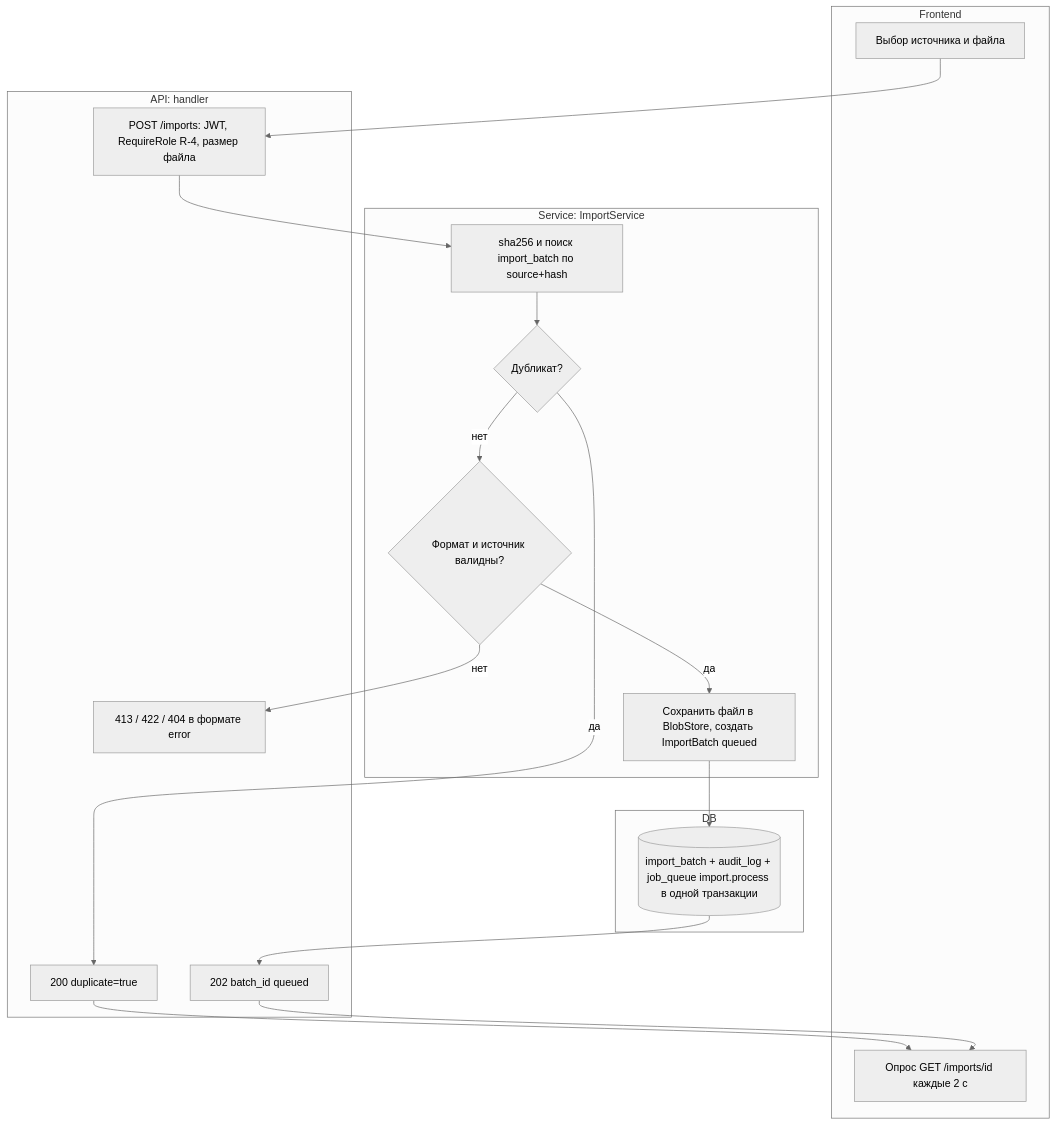
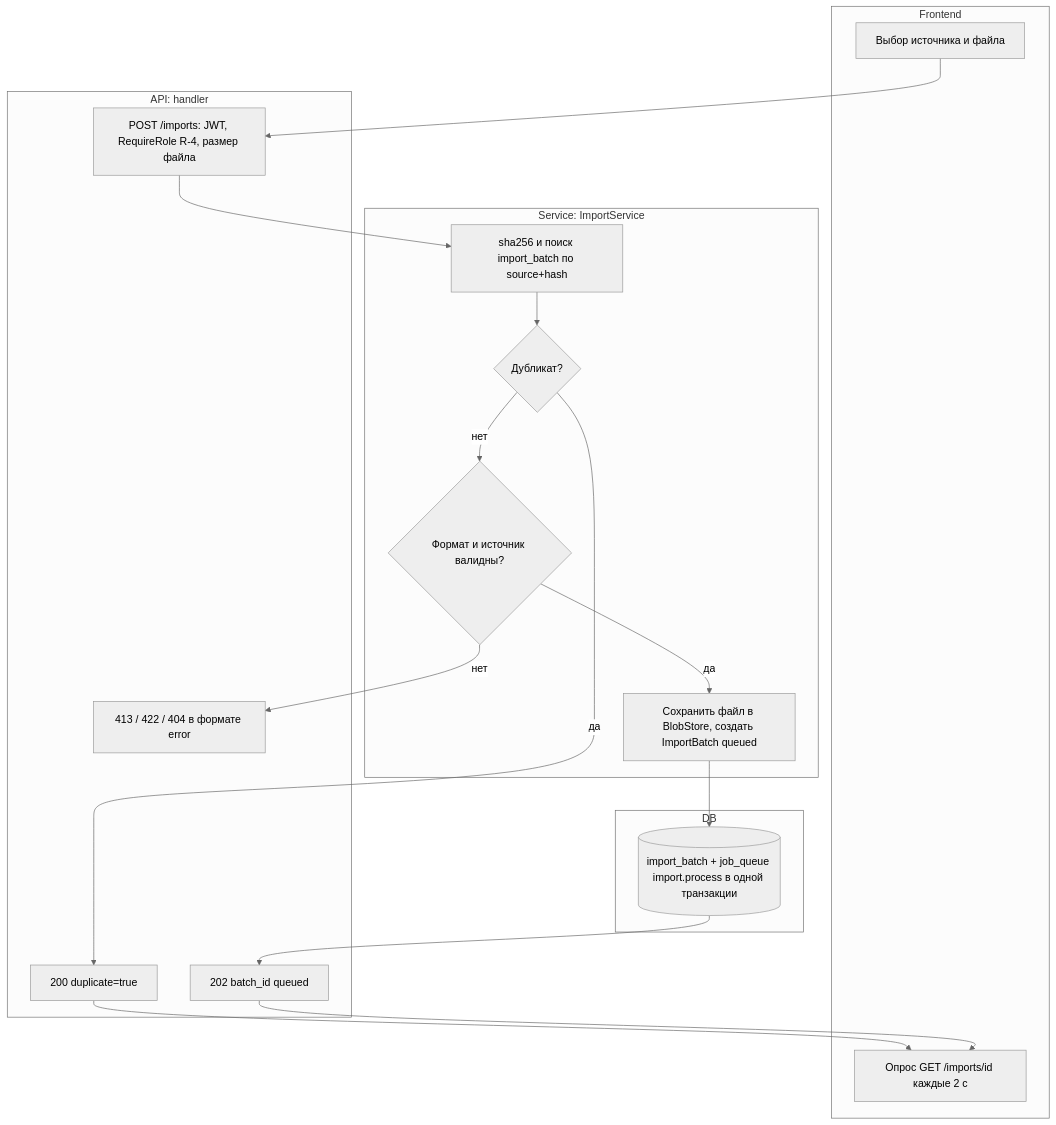
Before and after one commit to MangriMen/UCRP: the first of 6 diagrams in docs/design/08-activity-diagrams.md, drawn with Mermaid (neutral theme). The commit also changed other lines of this file and 195 other files, not shown here.

````diff
--- a/docs/design/08-activity-diagrams.md
+++ b/docs/design/08-activity-diagrams.md
@@ -9,27 +9,27 @@
 ```mermaid
 flowchart TB
   subgraph FE["Frontend"]
     F1["Выбор источника и файла"]
     F2["Опрос GET /imports/id каждые 2 с"]
   end
   subgraph API["API: handler"]
     A1["POST /imports: JWT, RequireRole R-4, размер файла"]
     A2["202 batch_id queued"]
     A3["200 duplicate=true"]
     AE["413 / 422 / 404 в формате error"]
   end
   subgraph SVC["Service: ImportService"]
     S1["sha256 и поиск import_batch по source+hash"]
     S2{"Дубликат?"}
     S3{"Формат и источник валидны?"}
     S4["Сохранить файл в BlobStore, создать ImportBatch queued"]
   end
   subgraph DB["DB"]
-    D1[("import_batch + audit_log + job_queue import.process в одной транзакции")]
+    D1[("import_batch + job_queue import.process в одной транзакции")]
   end
   F1 --> A1 --> S1 --> S2
   S2 -- да --> A3 --> F2
   S2 -- нет --> S3
   S3 -- нет --> AE
   S3 -- да --> S4 --> D1 --> A2 --> F2
 ```
````
